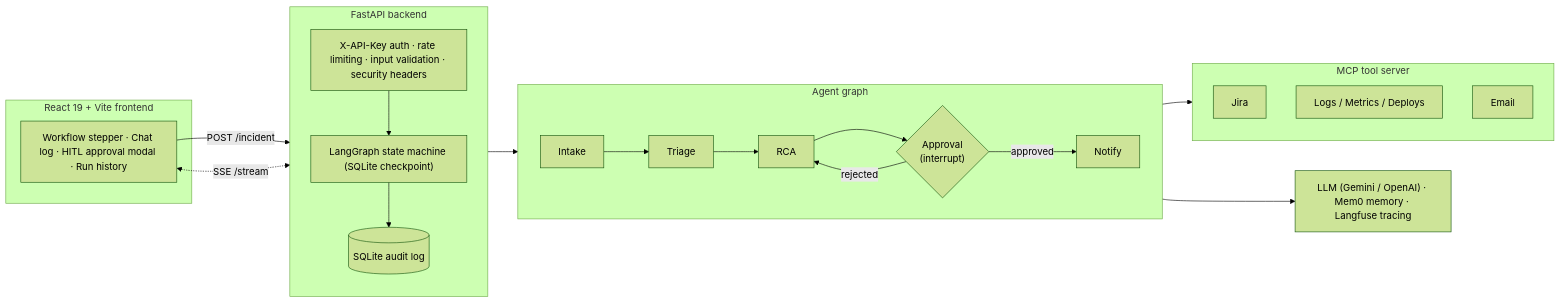
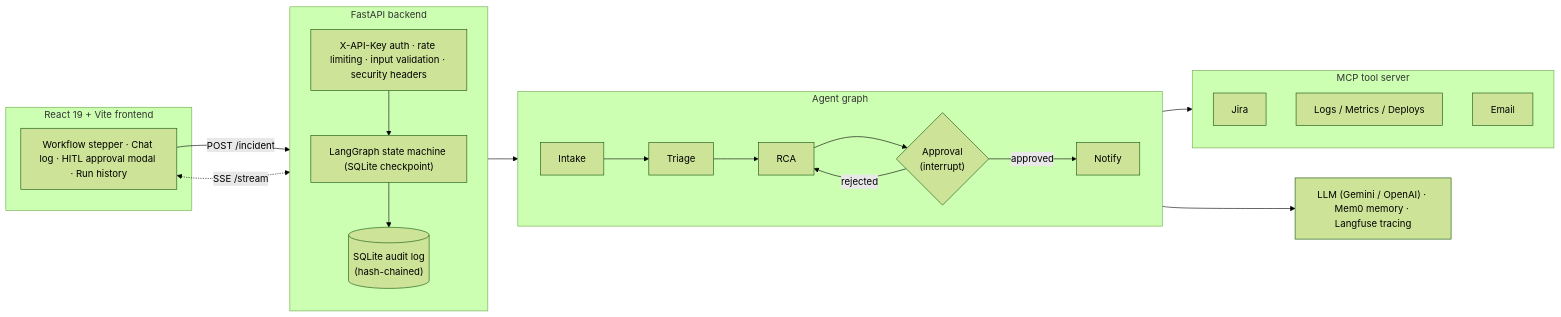
One commit to BasitS-hash/incident-response-agent changed the diagram in README.md. Above: the diagram before and after it, drawn with Mermaid (forest theme). The commit also changed other lines of this file and 7 other files, not shown here.

````diff
--- a/README.md
+++ b/README.md
@@ -60,35 +60,35 @@
 ```mermaid
 flowchart LR
     subgraph Browser["React 19 + Vite frontend"]
         UI["Workflow stepper · Chat log · HITL approval modal · Run history"]
     end
 
     subgraph API["FastAPI backend"]
         direction TB
         AUTH["X-API-Key auth · rate limiting · input validation · security headers"]
         GRAPH["LangGraph state machine (SQLite checkpoint)"]
-        AUDIT[("SQLite audit log")]
+        AUDIT[("SQLite audit log<br/>(hash-chained)")]
     end
 
     subgraph Agents["Agent graph"]
         direction LR
         I["Intake"] --> T["Triage"] --> R["RCA"] --> A{"Approval<br/>(interrupt)"}
         A -- approved --> N["Notify"]
         A -- rejected --> R
     end
 
     subgraph Tools["MCP tool server"]
         JIRA["Jira"]
         LOGS["Logs / Metrics / Deploys"]
         MAIL["Email"]
     end
 
     EXT["LLM (Gemini / OpenAI) · Mem0 memory · Langfuse tracing"]
 
     UI -- "POST /incident" --> AUTH
     UI <-. "SSE /stream" .-> AUTH
     AUTH --> GRAPH --> Agents
     Agents --> Tools
     Agents --> EXT
     GRAPH --> AUDIT
 ```
````
